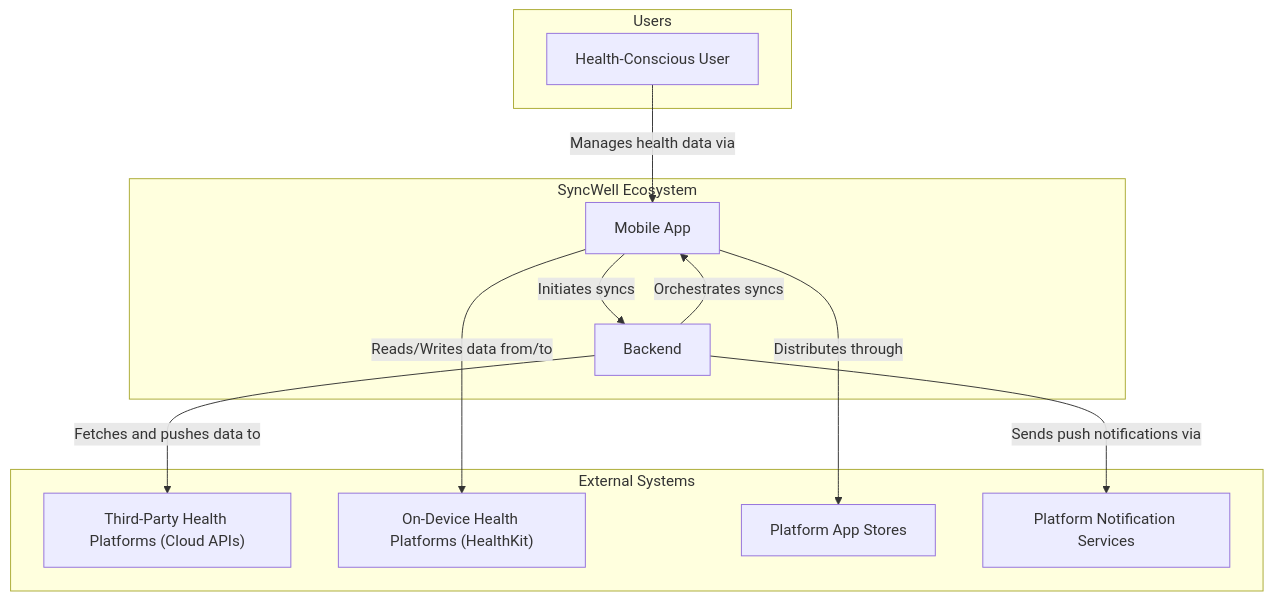
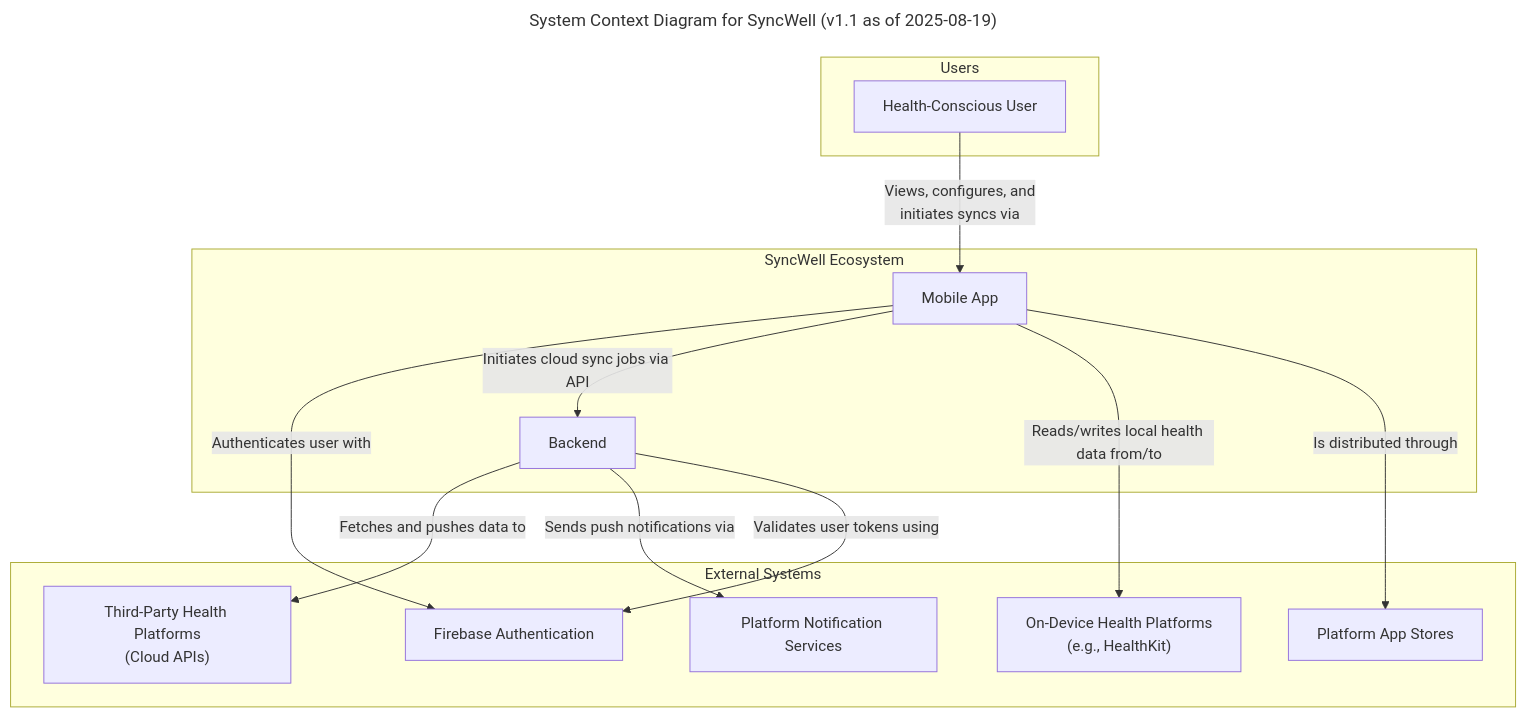
One commit to dino10bit/healthsync changed the first of 8 diagrams in 06-technical-architecture.md. Above: the diagram before and after it, drawn with Mermaid. The commit also changed other lines of this file and 1 other file, not shown here.

First line of the commit message:
Revise 06-technical-architecture.md based on f-20.md review.

````diff
--- a/06-technical-architecture.md
+++ b/06-technical-architecture.md
@@ -36,26 +65,31 @@
 ```mermaid
+---
+title: "System Context Diagram for SyncWell (v1.1 as of 2025-08-19)"
+---
 graph TD
     subgraph SyncWell Ecosystem
         A[Mobile App]
         B[Backend]
     end
 
     subgraph Users
         C[Health-Conscious User]
     end
 
     subgraph External Systems
-        D["Third-Party Health Platforms (Cloud APIs)"]
-        D2["On-Device Health Platforms (HealthKit)"]
+        D["Third-Party Health Platforms<br>(Cloud APIs)"]
+        D2["On-Device Health Platforms<br>(e.g., HealthKit)"]
         E[Platform App Stores]
         F[Platform Notification Services]
+        G[Firebase Authentication]
     end
 
-    C -- Manages health data via --> A
-    A -- Initiates syncs --> B
-    A -- Reads/Writes data from/to --> D2
-    A -- Distributes through --> E
-    B -- Orchestrates syncs --> A
-    B -- Fetches and pushes data to --> D
-    B -- Sends push notifications via --> F
+    C -- "Views, configures, and<br>initiates syncs via" --> A
+    A -- "Authenticates user with" --> G
+    A -- "Initiates cloud sync jobs via API" --> B
+    A -- "Reads/writes local health data from/to" --> D2
+    A -- "Is distributed through" --> E
+    B -- "Fetches and pushes data to" --> D
+    B -- "Sends push notifications via" --> F
+    B -- "Validates user tokens using" --> G
 ```
````
